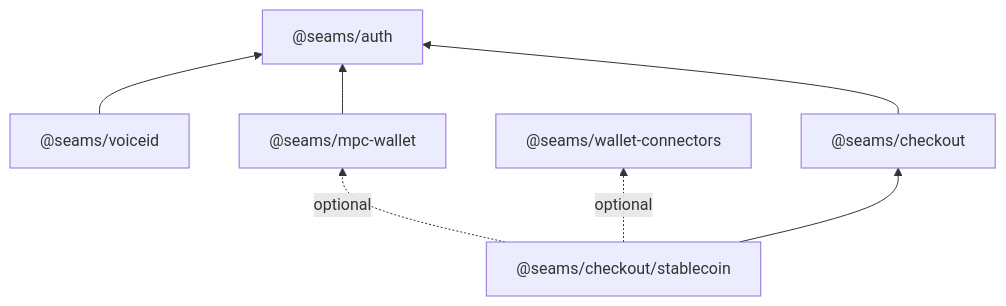
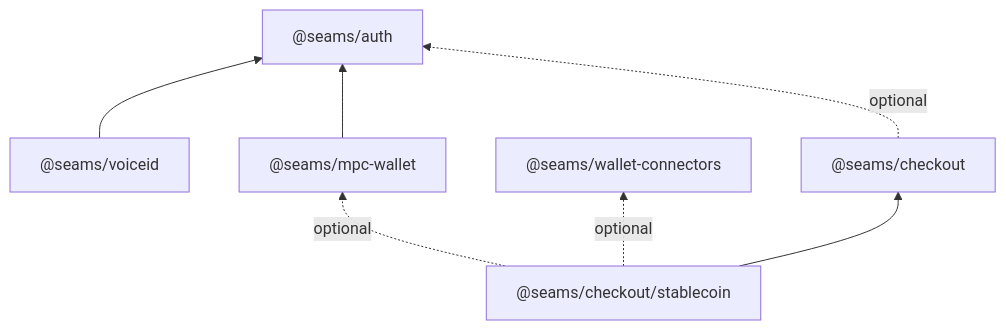
Before and after one commit to seams-tech/seams-wallet: the diagram in docs/refactor-251-auth-wallet-checkout-modules.md, drawn with Mermaid. The commit also changed other lines of this file and 1 other file, not shown here.

First line of the commit message:
Plan: apply the architecture review to Refactors 250 and 251

````diff
--- a/docs/refactor-251-auth-wallet-checkout-modules.md
+++ b/docs/refactor-251-auth-wallet-checkout-modules.md
@@ -171,11 +235,11 @@
 ```mermaid
 flowchart BT
     Auth["@seams/auth"]
     Voice["@seams/voiceid"] --> Auth
     Wallet["@seams/mpc-wallet"] --> Auth
     External["@seams/wallet-connectors"]
-    Checkout["@seams/checkout"] --> Auth
-    Plugin["@seams/checkout/stablecoin"] -. optional .-> Wallet
-    Plugin -. optional .-> External
-    Plugin --> Checkout
+    Checkout["@seams/checkout"] -. optional .-> Auth
+    Rail["@seams/checkout/stablecoin"] -. optional .-> Wallet
+    Rail -. optional .-> External
+    Rail --> Checkout
 ```
````
